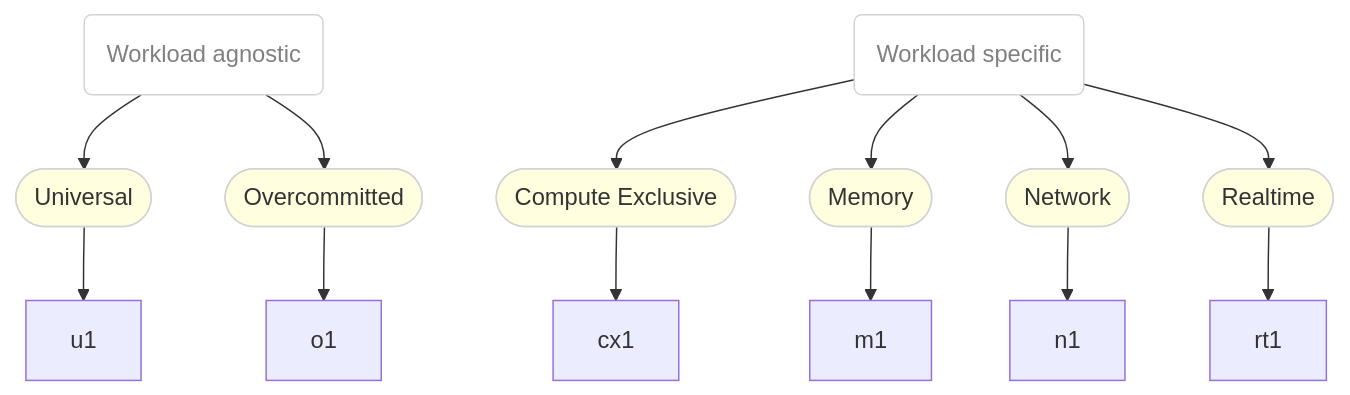
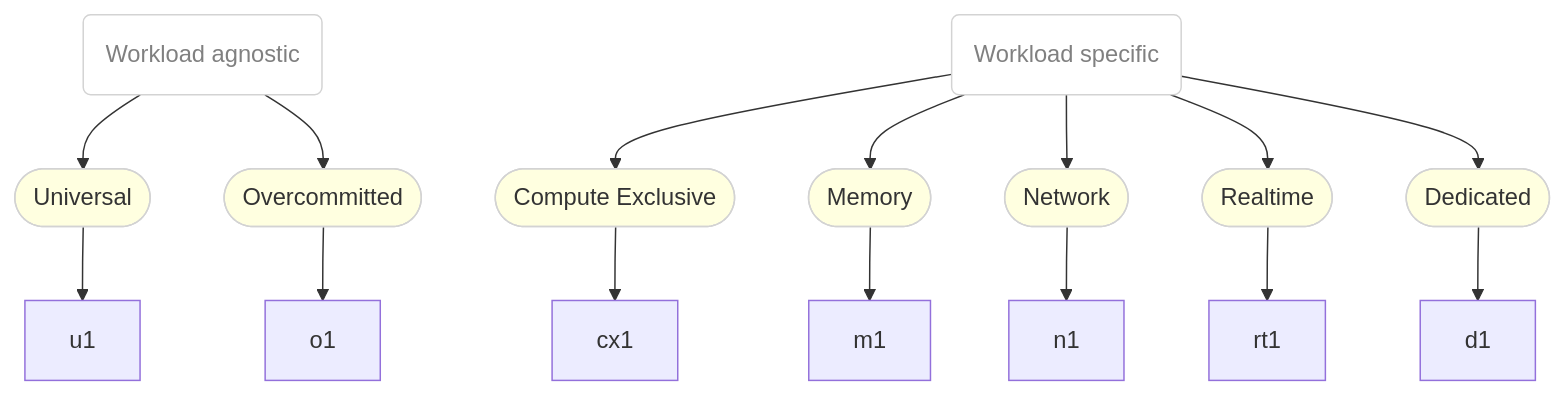
One commit to kubevirt/common-instancetypes changed the diagram in README.md. Above: the diagram before and after it, drawn with Mermaid. The commit also changed other lines of this file and 6 other files, not shown here.

````diff
--- a/README.md
+++ b/README.md
@@ -20,29 +20,32 @@
 ```mermaid
 graph TD
 
 classDef grp fill:white,stroke:lightgray,color:gray
 classDef series fill:lightyellow,stroke:lightgray
 classDef instancetype fill:
 
 wrklda(Workload agnostic)
 wrklds(Workload specific)
 class wrklda grp
 
 wrklda:::grp --> Universal:::series
 Universal([Universal]):::series --> u1:::instancetype
 
 wrklda:::grp --> Overcommitted:::series
 Overcommitted([Overcommitted]):::series --> o1:::instancetype
 
 wrklds:::grp --> Computeexclusive:::series
 Computeexclusive([Compute Exclusive]):::series --> cx1:::instancetype
 
 wrklds:::grp --> Memory:::series
 Memory([Memory]):::series --> m1:::instancetype
 
 wrklds:::grp --> Network:::series
 Network([Network]):::series --> n1:::instancetype
 
 wrklds:::grp --> Realtime:::series
 Realtime([Realtime]):::series --> rt1:::instancetype
+
+wrklds:::grp --> Dedicated:::series
+Dedicated([Dedicated]):::series --> d1:::instancetype
 ```
````
